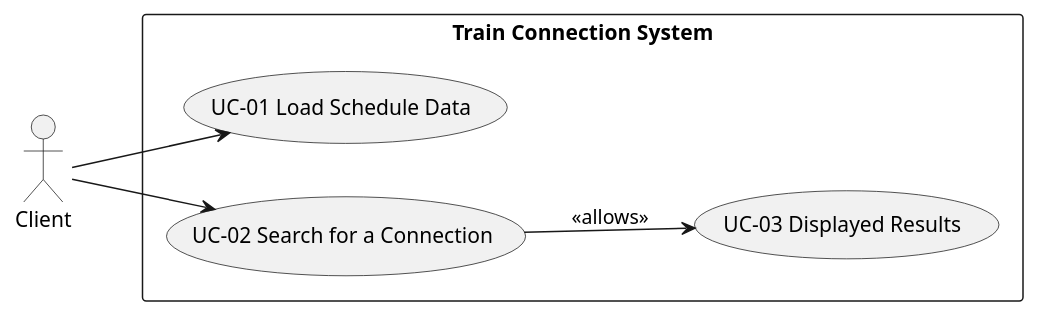
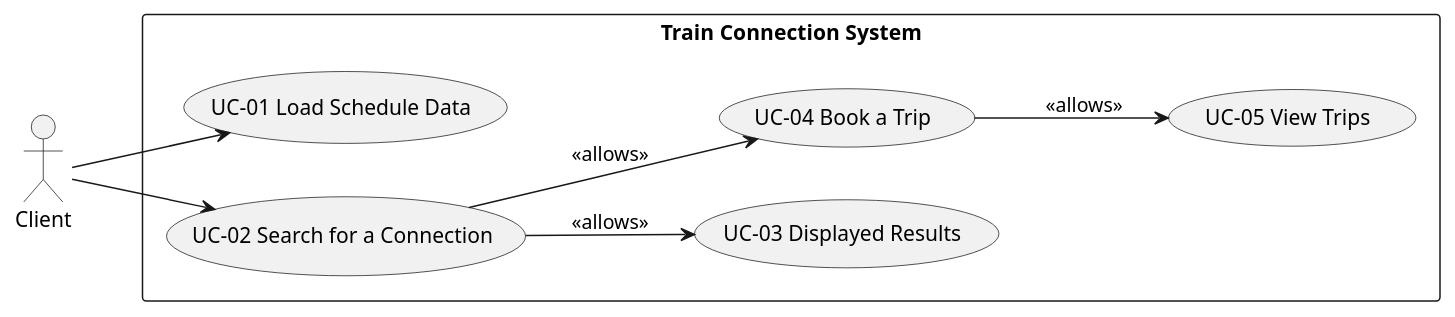
Before and after one commit to nicolas-zampieri/SOEN342: the diagram in docs/PlantUMLCode/use_case_diagram.puml, drawn with PlantUML. The commit also changed 2 other files, not shown here.

Commit message:
Add booking and trip viewing use cases and diagrams
Added UC-04 (Book a Trip) and UC-05 (View Trips) to the use_cases.md documentation. Introduced a new PlantUML diagram for booking use cases and updated the main use case diagram to include the new use cases and their relationships.

```diff
--- a/docs/PlantUMLCode/use_case_diagram.puml
+++ b/docs/PlantUMLCode/use_case_diagram.puml
@@ -1,18 +1,20 @@
 @startuml use_case_diagram
 left to right direction
 actor Client
 
 rectangle "Train Connection System" {
   usecase "UC-01 Load Schedule Data" as UC01
   usecase "UC-02 Search for a Connection" as UC02
   usecase "UC-03 Displayed Results" as UC03
+  usecase "UC-04 Book a Trip" as UC04
+  usecase "UC-05 View Trips" as UC05
 }
 
 Client --> UC01
 Client --> UC02
 
-
-
 UC02 --> UC03 : <<allows>>
+UC02 --> UC04 : <<allows>>
+UC04 --> UC05 : <<allows>>
 
 @enduml
```
